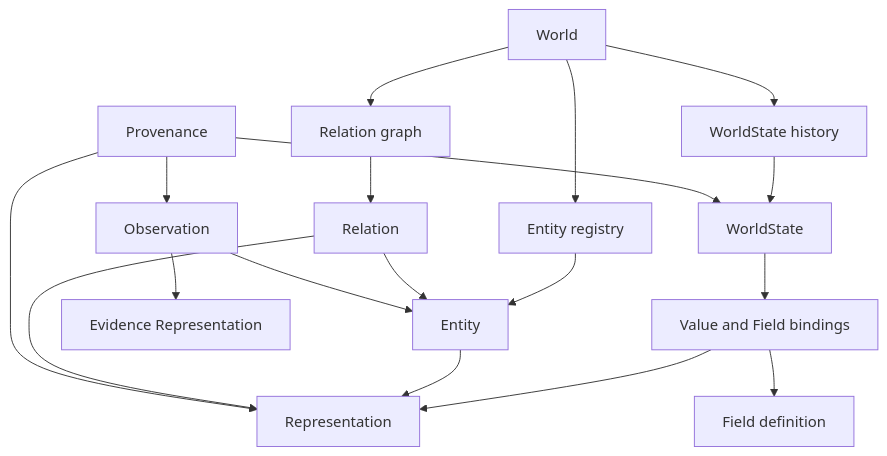
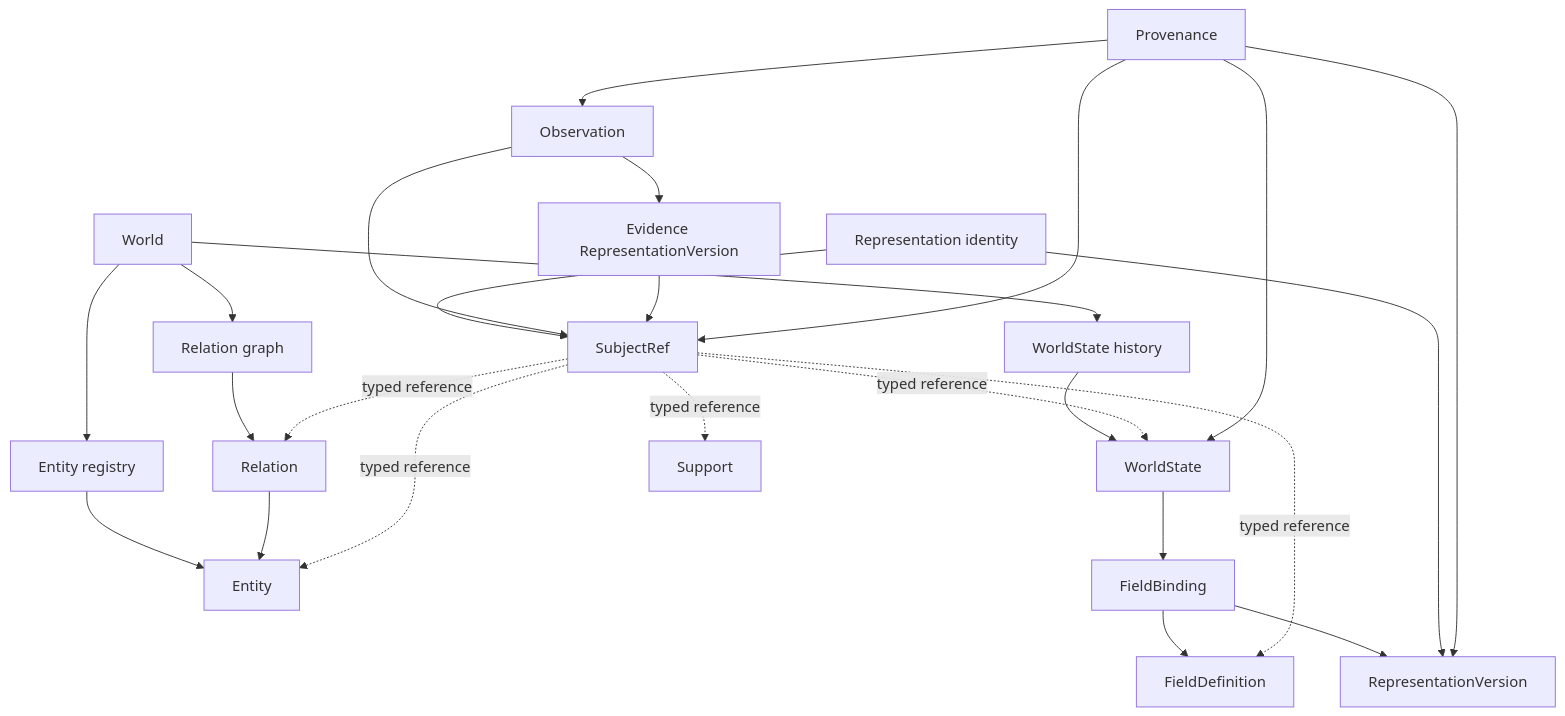
The second of 2 diagrams in docs/world-kernel-gate-1.md (scifiss/geoworld-open), drawn with Mermaid before and after one commit. The commit also changed other lines of this file, not shown here.

````diff
--- a/docs/world-kernel-gate-1.md
+++ b/docs/world-kernel-gate-1.md
@@ -94,20 +100,27 @@
 ```mermaid
 flowchart TD
     W[World] --> ER[Entity registry]
     W --> RG[Relation graph]
     W --> SH[WorldState history]
     ER --> E[Entity]
     RG --> R[Relation]
     R --> E
     SH --> S[WorldState]
-    S --> VB[Value and Field bindings]
-    VB --> F[Field definition]
-    VB --> RP[Representation]
-    E --> RP
-    R --> RP
-    O[Observation] --> E
-    O --> OR[Evidence Representation]
+    S --> FB[FieldBinding]
+    FB --> FD[FieldDefinition]
+    FB --> RV[RepresentationVersion]
+    RI[Representation identity] --> RV
+    RI --> SR[SubjectRef]
+    O[Observation] --> SR
+    OR[Evidence RepresentationVersion] --> SR
+    O --> OR
+    SR -. typed reference .-> E
+    SR -. typed reference .-> R
+    SR -. typed reference .-> FD
+    SR -. typed reference .-> S
+    SR -. typed reference .-> SP[Support]
     P[Provenance] --> S
-    P --> RP
+    P --> RV
     P --> O
+    P --> SR
 ```
````
